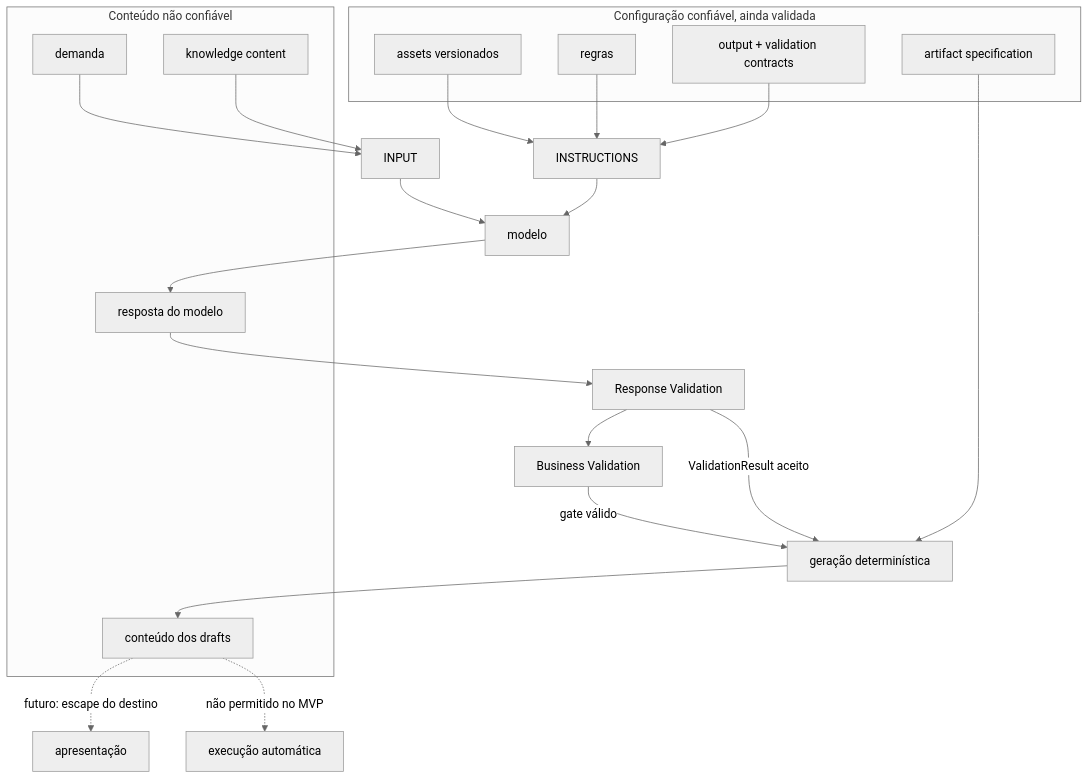
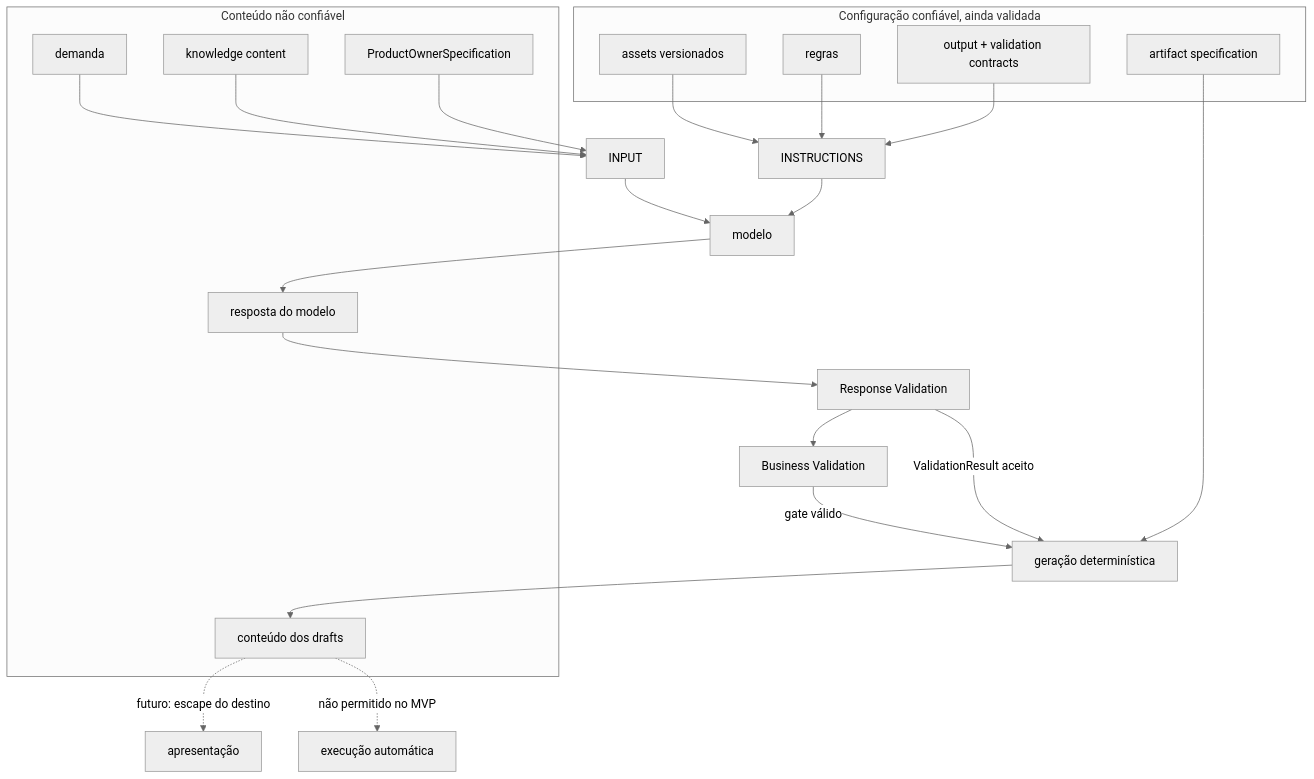
Before and after one commit to felipet66/brq-ai-factory: the sixth of 10 diagrams in knowledge/33-PIPELINE_OVERVIEW.md, drawn with Mermaid (neutral theme). The commit also changed other lines of this file and 63 other files, not shown here.

````diff
--- a/knowledge/33-PIPELINE_OVERVIEW.md
+++ b/knowledge/33-PIPELINE_OVERVIEW.md
@@ -157,34 +202,36 @@
 ```mermaid
 flowchart TB
     subgraph TRUSTED["Configuração confiável, ainda validada"]
         ASSETS["assets versionados"]
         RULES["regras"]
         CONTRACTS["output + validation contracts"]
         ARTIFACTSPEC["artifact specification"]
     end
 
     subgraph UNTRUSTED["Conteúdo não confiável"]
         DEMAND2["demanda"]
         KNOWLEDGE2["knowledge content"]
+        POSPEC2["ProductOwnerSpecification"]
         RESPONSE2["resposta do modelo"]
         DRAFT2["conteúdo dos drafts"]
     end
 
     ASSETS --> INSTRUCTIONS["INSTRUCTIONS"]
     RULES --> INSTRUCTIONS
     CONTRACTS --> INSTRUCTIONS
     DEMAND2 --> INPUT["INPUT"]
     KNOWLEDGE2 --> INPUT
+    POSPEC2 --> INPUT
     INSTRUCTIONS --> MODEL["modelo"]
     INPUT --> MODEL
     MODEL --> RESPONSE2
     RESPONSE2 --> RESPONSE_VALIDATION["Response Validation"]
     RESPONSE_VALIDATION --> BUSINESS_VALIDATION["Business Validation"]
     ARTIFACTSPEC --> GENERATION["geração determinística"]
     RESPONSE_VALIDATION -->|"ValidationResult aceito"| GENERATION
     BUSINESS_VALIDATION -->|"gate válido"| GENERATION
     GENERATION --> DRAFT2
 
     DRAFT2 -.->|"futuro: escape do destino"| UI["apresentação"]
     DRAFT2 -.->|"não permitido no MVP"| EXECUTION["execução automática"]
 ```
````
